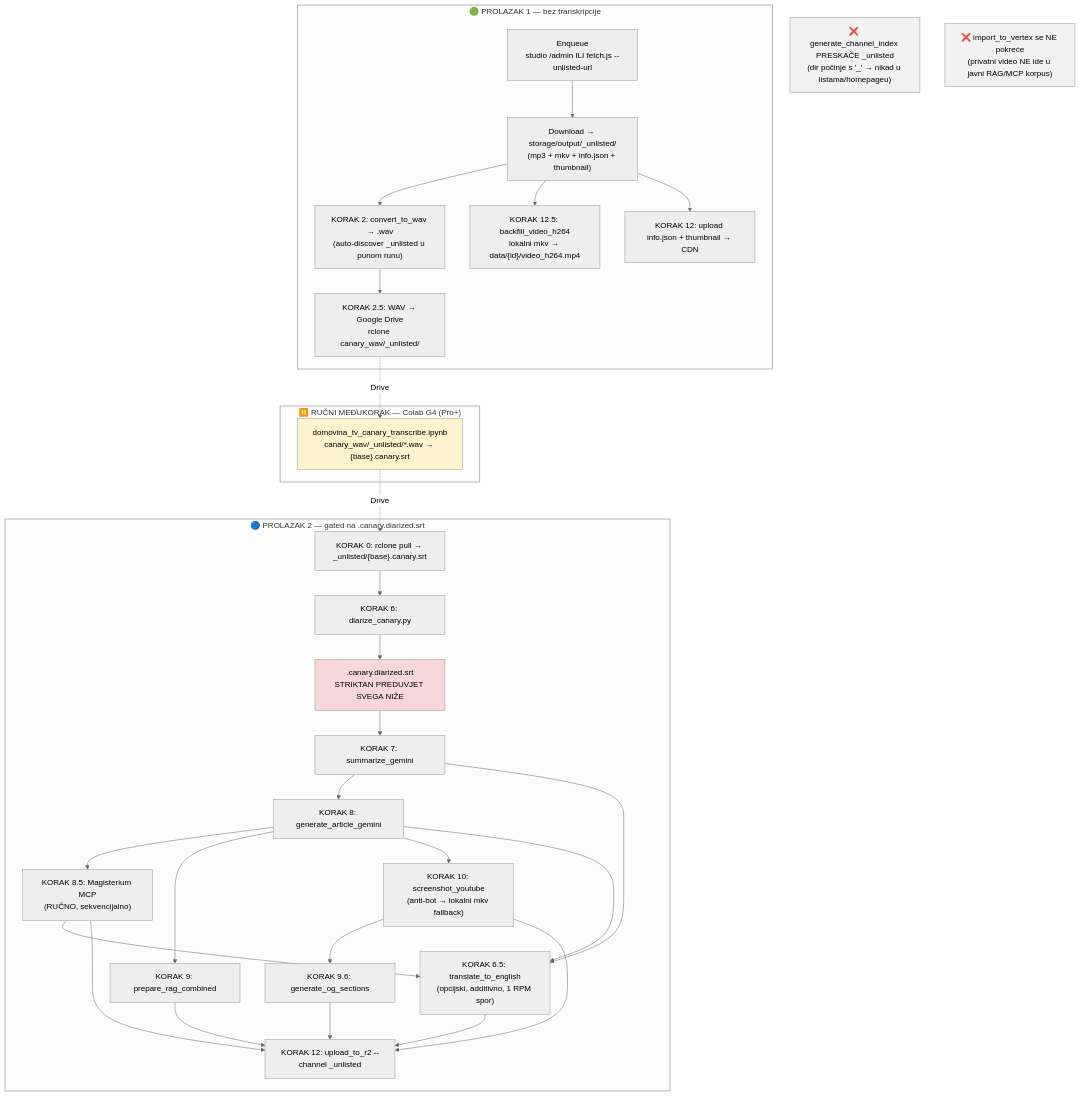
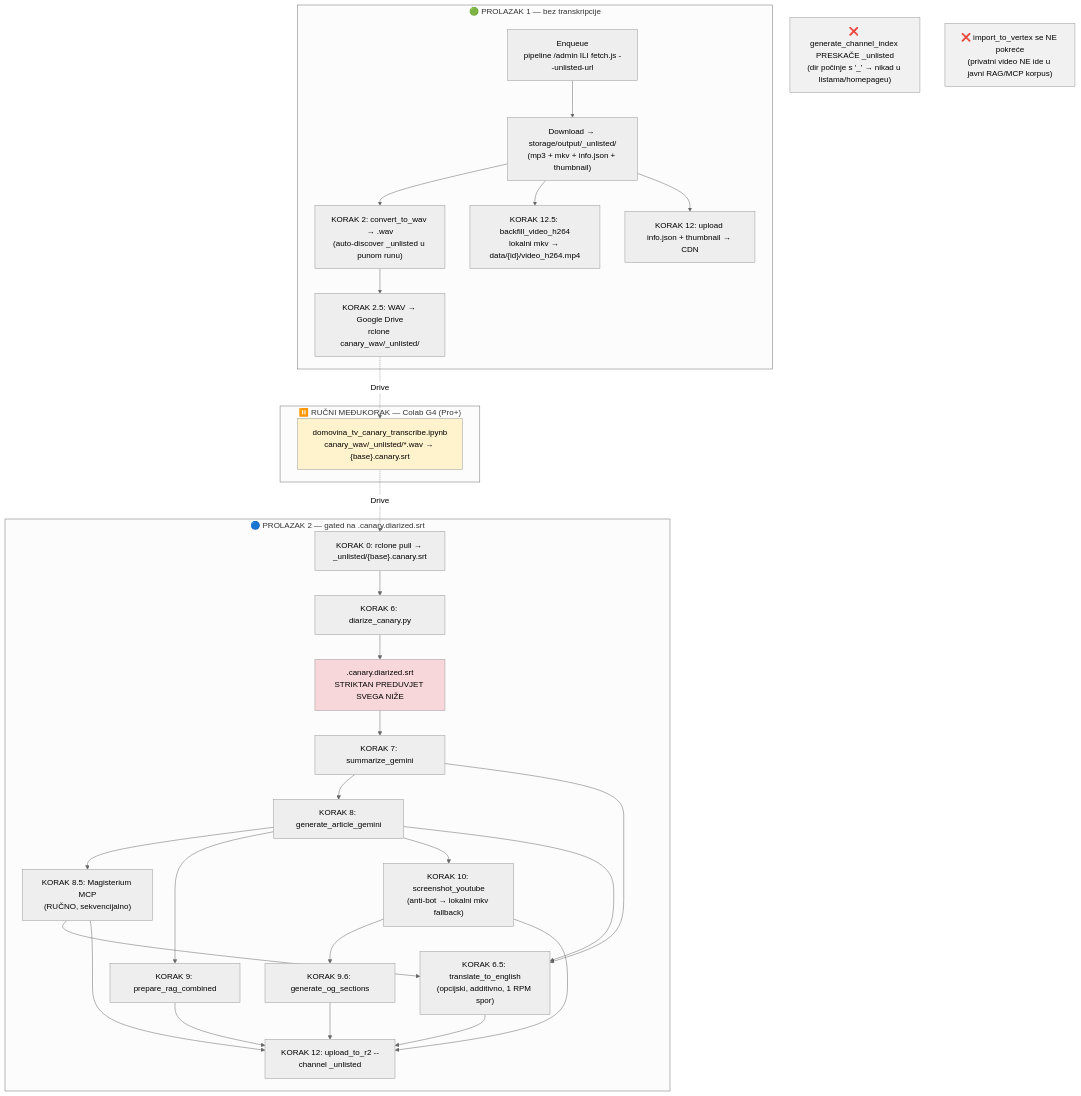
One commit to domovinatv/fetch.domovina.tv changed the first of 3 diagrams in docs/UNLISTED_PIPELINE.md. Above: the diagram before and after it, drawn with Mermaid (neutral theme). The commit also changed other lines of this file and 1 other file, not shown here.

First line of the commit message:
refactor(unlisted): studio.domovina.ai → pipeline.domovina.ai

````diff
--- a/docs/UNLISTED_PIPELINE.md
+++ b/docs/UNLISTED_PIPELINE.md
@@ -40,56 +40,56 @@
 ```mermaid
 flowchart TB
     subgraph P1["🟢 PROLAZAK 1 — bez transkripcije"]
-        E["Enqueue<br/>studio /admin ILI fetch.js --unlisted-url"]
+        E["Enqueue<br/>pipeline /admin ILI fetch.js --unlisted-url"]
         D["Download → storage/output/_unlisted/<br/>(mp3 + mkv + info.json + thumbnail)"]
         W["KORAK 2: convert_to_wav → .wav<br/>(auto-discover _unlisted u punom runu)"]
         U1["KORAK 2.5: WAV → Google Drive<br/>rclone canary_wav/_unlisted/"]
         H["KORAK 12.5: backfill_video_h264<br/>lokalni mkv → data/{id}/video_h264.mp4"]
         F1["KORAK 12: upload info.json + thumbnail → CDN"]
         E --> D --> W --> U1
         D --> H
         D --> F1
     end
 
     subgraph GATE["⏸️ RUČNI MEĐUKORAK — Colab G4 (Pro+)"]
         C["domovina_tv_canary_transcribe.ipynb<br/>canary_wav/_unlisted/*.wav → {base}.canary.srt"]
     end
 
     subgraph P2["🔵 PROLAZAK 2 — gated na .canary.diarized.srt"]
         K0["KORAK 0: rclone pull → _unlisted/{base}.canary.srt"]
         K6["KORAK 6: diarize_canary.py"]
         G[".canary.diarized.srt<br/>STRIKTAN PREDUVJET SVEGA NIŽE"]
         K7["KORAK 7: summarize_gemini"]
         K8["KORAK 8: generate_article_gemini"]
         K85["KORAK 8.5: Magisterium MCP<br/>(RUČNO, sekvencijalno)"]
         K9["KORAK 9: prepare_rag_combined"]
         K65["KORAK 6.5: translate_to_english<br/>(opcijski, additivno, 1 RPM spor)"]
         K10["KORAK 10: screenshot_youtube<br/>(anti-bot → lokalni mkv fallback)"]
         K96["KORAK 9.6: generate_og_sections"]
         K12["KORAK 12: upload_to_r2 --channel _unlisted"]
         K0 --> K6 --> G
         G --> K7 --> K8
         K8 --> K85
         K8 --> K9
         K8 --> K10 --> K96
         K7 --> K65
         K8 --> K65
         K85 --> K65
         K85 --> K12
         K9 --> K12
         K10 --> K12
         K96 --> K12
         K65 --> K12
     end
 
     U1 -. Drive .-> C
     C -. Drive .-> K0
 
     NIDX["❌ generate_channel_index PRESKAČE _unlisted<br/>(dir počinje s '_' → nikad u listama/homepageu)"]
     NVX["❌ import_to_vertex se NE pokreće<br/>(privatni video NE ide u javni RAG/MCP korpus)"]
 
     style G fill:#f8d7da
     style C fill:#fff3cd
     style NIDX fill:#f1f1f1
     style NVX fill:#f1f1f1
 ```
````
